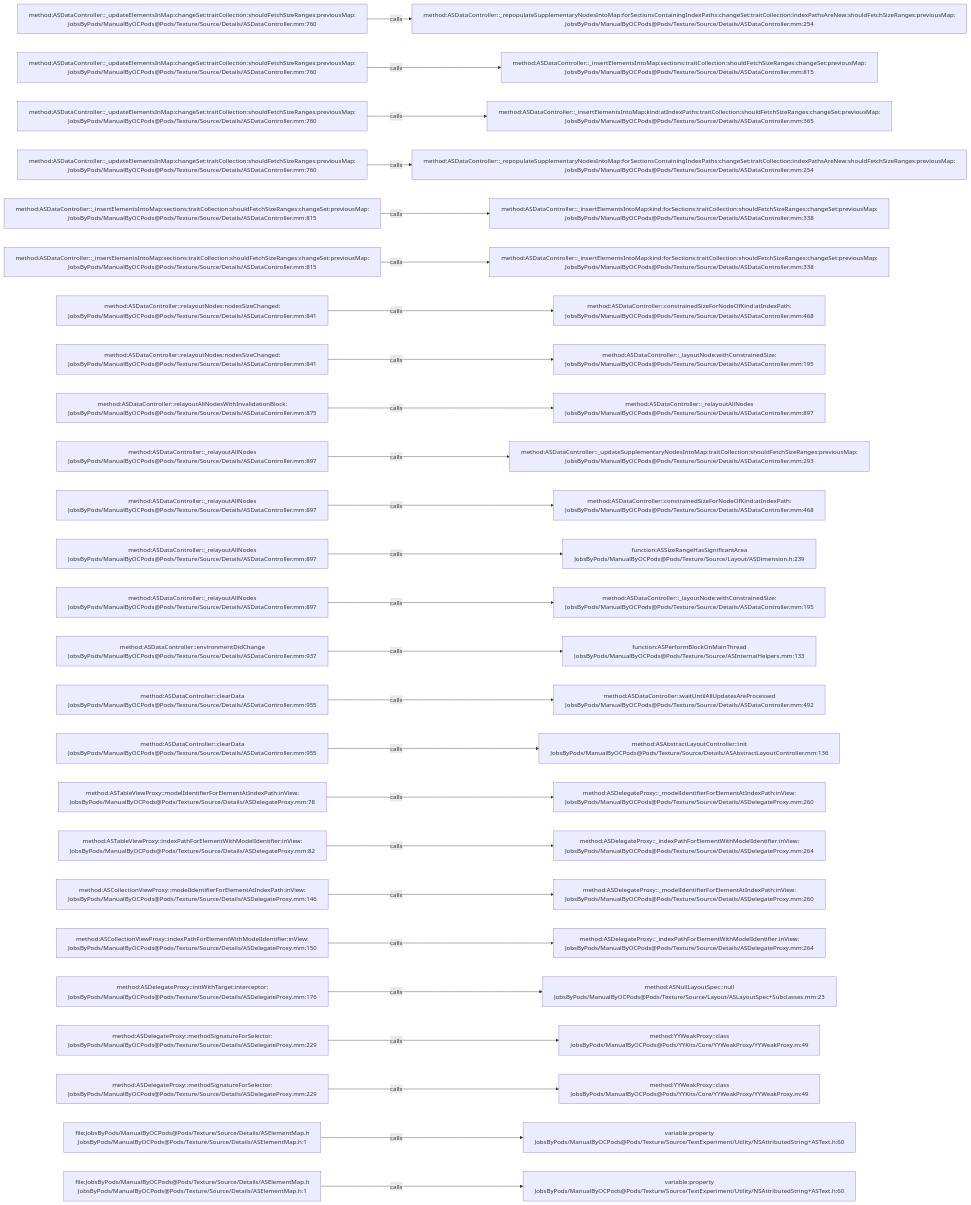
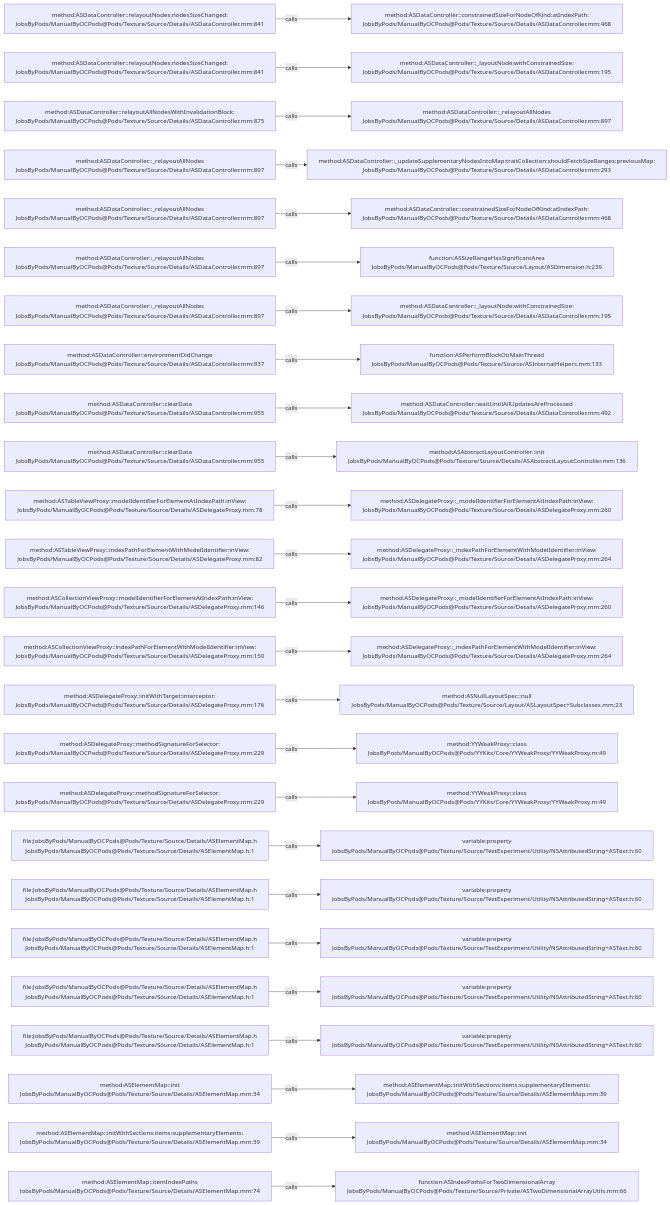
Before and after one commit to JobsKits/JobsOCBaseConfigDemo: the diagram in .codegraph/codegraph.md/graphs/calls-148.md, drawn with Mermaid. The commit also changed 666 other files, not shown here.

````diff
--- a/.codegraph/codegraph.md/graphs/calls-148.md
+++ b/.codegraph/codegraph.md/graphs/calls-148.md
@@ -13,78 +13,78 @@
 ```mermaid
 flowchart LR
-  S1["method:ASDataController::_updateElementsInMap:changeSet:traitCollection:shouldFetchSizeRanges:previousMap:<br/>JobsByPods/ManualByOCPods@Pods/Texture/Source/Details/ASDataController.mm:760"]
-  T1["method:ASDataController::_repopulateSupplementaryNodesIntoMap:forSectionsContainingIndexPaths:changeSet:traitCollection:indexPathsAreNew:shouldFetchSizeRanges:previousMap:<br/>JobsByPods/ManualByOCPods@Pods/Texture/Source/Details/ASDataController.mm:254"]
+  S1["method:ASDataController::relayoutNodes:nodesSizeChanged:<br/>JobsByPods/ManualByOCPods@Pods/Texture/Source/Details/ASDataController.mm:841"]
+  T1["method:ASDataController::constrainedSizeForNodeOfKind:atIndexPath:<br/>JobsByPods/ManualByOCPods@Pods/Texture/Source/Details/ASDataController.mm:468"]
   S1 -->|calls| T1
-  S2["method:ASDataController::_updateElementsInMap:changeSet:traitCollection:shouldFetchSizeRanges:previousMap:<br/>JobsByPods/ManualByOCPods@Pods/Texture/Source/Details/ASDataController.mm:760"]
-  T2["method:ASDataController::_insertElementsIntoMap:sections:traitCollection:shouldFetchSizeRanges:changeSet:previousMap:<br/>JobsByPods/ManualByOCPods@Pods/Texture/Source/Details/ASDataController.mm:815"]
+  S2["method:ASDataController::relayoutNodes:nodesSizeChanged:<br/>JobsByPods/ManualByOCPods@Pods/Texture/Source/Details/ASDataController.mm:841"]
+  T2["method:ASDataController::_layoutNode:withConstrainedSize:<br/>JobsByPods/ManualByOCPods@Pods/Texture/Source/Details/ASDataController.mm:195"]
   S2 -->|calls| T2
-  S3["method:ASDataController::_updateElementsInMap:changeSet:traitCollection:shouldFetchSizeRanges:previousMap:<br/>JobsByPods/ManualByOCPods@Pods/Texture/Source/Details/ASDataController.mm:760"]
-  T3["method:ASDataController::_insertElementsIntoMap:kind:atIndexPaths:traitCollection:shouldFetchSizeRanges:changeSet:previousMap:<br/>JobsByPods/ManualByOCPods@Pods/Texture/Source/Details/ASDataController.mm:365"]
+  S3["method:ASDataController::relayoutAllNodesWithInvalidationBlock:<br/>JobsByPods/ManualByOCPods@Pods/Texture/Source/Details/ASDataController.mm:875"]
+  T3["method:ASDataController::_relayoutAllNodes<br/>JobsByPods/ManualByOCPods@Pods/Texture/Source/Details/ASDataController.mm:897"]
   S3 -->|calls| T3
-  S4["method:ASDataController::_updateElementsInMap:changeSet:traitCollection:shouldFetchSizeRanges:previousMap:<br/>JobsByPods/ManualByOCPods@Pods/Texture/Source/Details/ASDataController.mm:760"]
-  T4["method:ASDataController::_repopulateSupplementaryNodesIntoMap:forSectionsContainingIndexPaths:changeSet:traitCollection:indexPathsAreNew:shouldFetchSizeRanges:previousMap:<br/>JobsByPods/ManualByOCPods@Pods/Texture/Source/Details/ASDataController.mm:254"]
+  S4["method:ASDataController::_relayoutAllNodes<br/>JobsByPods/ManualByOCPods@Pods/Texture/Source/Details/ASDataController.mm:897"]
+  T4["method:ASDataController::_updateSupplementaryNodesIntoMap:traitCollection:shouldFetchSizeRanges:previousMap:<br/>JobsByPods/ManualByOCPods@Pods/Texture/Source/Details/ASDataController.mm:293"]
   S4 -->|calls| T4
-  S5["method:ASDataController::_insertElementsIntoMap:sections:traitCollection:shouldFetchSizeRanges:changeSet:previousMap:<br/>JobsByPods/ManualByOCPods@Pods/Texture/Source/Details/ASDataController.mm:815"]
-  T5["method:ASDataController::_insertElementsIntoMap:kind:forSections:traitCollection:shouldFetchSizeRanges:changeSet:previousMap:<br/>JobsByPods/ManualByOCPods@Pods/Texture/Source/Details/ASDataController.mm:338"]
+  S5["method:ASDataController::_relayoutAllNodes<br/>JobsByPods/ManualByOCPods@Pods/Texture/Source/Details/ASDataController.mm:897"]
+  T5["method:ASDataController::constrainedSizeForNodeOfKind:atIndexPath:<br/>JobsByPods/ManualByOCPods@Pods/Texture/Source/Details/ASDataController.mm:468"]
   S5 -->|calls| T5
-  S6["method:ASDataController::_insertElementsIntoMap:sections:traitCollection:shouldFetchSizeRanges:changeSet:previousMap:<br/>JobsByPods/ManualByOCPods@Pods/Texture/Source/Details/ASDataController.mm:815"]
-  T6["method:ASDataController::_insertElementsIntoMap:kind:forSections:traitCollection:shouldFetchSizeRanges:changeSet:previousMap:<br/>JobsByPods/ManualByOCPods@Pods/Texture/Source/Details/ASDataController.mm:338"]
+  S6["method:ASDataController::_relayoutAllNodes<br/>JobsByPods/ManualByOCPods@Pods/Texture/Source/Details/ASDataController.mm:897"]
+  T6["function:ASSizeRangeHasSignificantArea<br/>JobsByPods/ManualByOCPods@Pods/Texture/Source/Layout/ASDimension.h:239"]
   S6 -->|calls| T6
-  S7["method:ASDataController::relayoutNodes:nodesSizeChanged:<br/>JobsByPods/ManualByOCPods@Pods/Texture/Source/Details/ASDataController.mm:841"]
-  T7["method:ASDataController::constrainedSizeForNodeOfKind:atIndexPath:<br/>JobsByPods/ManualByOCPods@Pods/Texture/Source/Details/ASDataController.mm:468"]
+  S7["method:ASDataController::_relayoutAllNodes<br/>JobsByPods/ManualByOCPods@Pods/Texture/Source/Details/ASDataController.mm:897"]
+  T7["method:ASDataController::_layoutNode:withConstrainedSize:<br/>JobsByPods/ManualByOCPods@Pods/Texture/Source/Details/ASDataController.mm:195"]
   S7 -->|calls| T7
-  S8["method:ASDataController::relayoutNodes:nodesSizeChanged:<br/>JobsByPods/ManualByOCPods@Pods/Texture/Source/Details/ASDataController.mm:841"]
-  T8["method:ASDataController::_layoutNode:withConstrainedSize:<br/>JobsByPods/ManualByOCPods@Pods/Texture/Source/Details/ASDataController.mm:195"]
+  S8["method:ASDataController::environmentDidChange<br/>JobsByPods/ManualByOCPods@Pods/Texture/Source/Details/ASDataController.mm:937"]
+  T8["function:ASPerformBlockOnMainThread<br/>JobsByPods/ManualByOCPods@Pods/Texture/Source/ASInternalHelpers.mm:133"]
   S8 -->|calls| T8
-  S9["method:ASDataController::relayoutAllNodesWithInvalidationBlock:<br/>JobsByPods/ManualByOCPods@Pods/Texture/Source/Details/ASDataController.mm:875"]
-  T9["method:ASDataController::_relayoutAllNodes<br/>JobsByPods/ManualByOCPods@Pods/Texture/Source/Details/ASDataController.mm:897"]
+  S9["method:ASDataController::clearData<br/>JobsByPods/ManualByOCPods@Pods/Texture/Source/Details/ASDataController.mm:955"]
+  T9["method:ASDataController::waitUntilAllUpdatesAreProcessed<br/>JobsByPods/ManualByOCPods@Pods/Texture/Source/Details/ASDataController.mm:492"]
   S9 -->|calls| T9
-  S10["method:ASDataController::_relayoutAllNodes<br/>JobsByPods/ManualByOCPods@Pods/Texture/Source/Details/ASDataController.mm:897"]
-  T10["method:ASDataController::_updateSupplementaryNodesIntoMap:traitCollection:shouldFetchSizeRanges:previousMap:<br/>JobsByPods/ManualByOCPods@Pods/Texture/Source/Details/ASDataController.mm:293"]
+  S10["method:ASDataController::clearData<br/>JobsByPods/ManualByOCPods@Pods/Texture/Source/Details/ASDataController.mm:955"]
+  T10["method:ASAbstractLayoutController::init<br/>JobsByPods/ManualByOCPods@Pods/Texture/Source/Details/ASAbstractLayoutController.mm:136"]
   S10 -->|calls| T10
-  S11["method:ASDataController::_relayoutAllNodes<br/>JobsByPods/ManualByOCPods@Pods/Texture/Source/Details/ASDataController.mm:897"]
-  T11["method:ASDataController::constrainedSizeForNodeOfKind:atIndexPath:<br/>JobsByPods/ManualByOCPods@Pods/Texture/Source/Details/ASDataController.mm:468"]
+  S11["method:ASTableViewProxy::modelIdentifierForElementAtIndexPath:inView:<br/>JobsByPods/ManualByOCPods@Pods/Texture/Source/Details/ASDelegateProxy.mm:78"]
+  T11["method:ASDelegateProxy::_modelIdentifierForElementAtIndexPath:inView:<br/>JobsByPods/ManualByOCPods@Pods/Texture/Source/Details/ASDelegateProxy.mm:260"]
   S11 -->|calls| T11
-  S12["method:ASDataController::_relayoutAllNodes<br/>JobsByPods/ManualByOCPods@Pods/Texture/Source/Details/ASDataController.mm:897"]
-  T12["function:ASSizeRangeHasSignificantArea<br/>JobsByPods/ManualByOCPods@Pods/Texture/Source/Layout/ASDimension.h:239"]
+  S12["method:ASTableViewProxy::indexPathForElementWithModelIdentifier:inView:<br/>JobsByPods/ManualByOCPods@Pods/Texture/Source/Details/ASDelegateProxy.mm:82"]
+  T12["method:ASDelegateProxy::_indexPathForElementWithModelIdentifier:inView:<br/>JobsByPods/ManualByOCPods@Pods/Texture/Source/Details/ASDelegateProxy.mm:264"]
   S12 -->|calls| T12
-  S13["method:ASDataController::_relayoutAllNodes<br/>JobsByPods/ManualByOCPods@Pods/Texture/Source/Details/ASDataController.mm:897"]
-  T13["method:ASDataController::_layoutNode:withConstrainedSize:<br/>JobsByPods/ManualByOCPods@Pods/Texture/Source/Details/ASDataController.mm:195"]
+  S13["method:ASCollectionViewProxy::modelIdentifierForElementAtIndexPath:inView:<br/>JobsByPods/ManualByOCPods@Pods/Texture/Source/Details/ASDelegateProxy.mm:146"]
+  T13["method:ASDelegateProxy::_modelIdentifierForElementAtIndexPath:inView:<br/>JobsByPods/ManualByOCPods@Pods/Texture/Source/Details/ASDelegateProxy.mm:260"]
   S13 -->|calls| T13
-  S14["method:ASDataController::environmentDidChange<br/>JobsByPods/ManualByOCPods@Pods/Texture/Source/Details/ASDataController.mm:937"]
-  T14["function:ASPerformBlockOnMainThread<br/>JobsByPods/ManualByOCPods@Pods/Texture/Source/ASInternalHelpers.mm:133"]
+  S14["method:ASCollectionViewProxy::indexPathForElementWithModelIdentifier:inView:<br/>JobsByPods/ManualByOCPods@Pods/Texture/Source/Details/ASDelegateProxy.mm:150"]
+  T14["method:ASDelegateProxy::_indexPathForElementWithModelIdentifier:inView:<br/>JobsByPods/ManualByOCPods@Pods/Texture/Source/Details/ASDelegateProxy.mm:264"]
   S14 -->|calls| T14
-  S15["method:ASDataController::clearData<br/>JobsByPods/ManualByOCPods@Pods/Texture/Source/Details/ASDataController.mm:955"]
-  T15["method:ASDataController::waitUntilAllUpdatesAreProcessed<br/>JobsByPods/ManualByOCPods@Pods/Texture/Source/Details/ASDataController.mm:492"]
+  S15["method:ASDelegateProxy::initWithTarget:interceptor:<br/>JobsByPods/ManualByOCPods@Pods/Texture/Source/Details/ASDelegateProxy.mm:176"]
+  T15["method:ASNullLayoutSpec::null<br/>JobsByPods/ManualByOCPods@Pods/Texture/Source/Layout/ASLayoutSpec+Subclasses.mm:23"]
   S15 -->|calls| T15
-  S16["method:ASDataController::clearData<br/>JobsByPods/ManualByOCPods@Pods/Texture/Source/Details/ASDataController.mm:955"]
-  T16["method:ASAbstractLayoutController::init<br/>JobsByPods/ManualByOCPods@Pods/Texture/Source/Details/ASAbstractLayoutController.mm:136"]
+  S16["method:ASDelegateProxy::methodSignatureForSelector:<br/>JobsByPods/ManualByOCPods@Pods/Texture/Source/Details/ASDelegateProxy.mm:229"]
+  T16["method:YYWeakProxy::class<br/>JobsByPods/ManualByOCPods@Pods/YYKits/Core/YYWeakProxy/YYWeakProxy.m:49"]
   S16 -->|calls| T16
-  S17["method:ASTableViewProxy::modelIdentifierForElementAtIndexPath:inView:<br/>JobsByPods/ManualByOCPods@Pods/Texture/Source/Details/ASDelegateProxy.mm:78"]
-  T17["method:ASDelegateProxy::_modelIdentifierForElementAtIndexPath:inView:<br/>JobsByPods/ManualByOCPods@Pods/Texture/Source/Details/ASDelegateProxy.mm:260"]
+  S17["method:ASDelegateProxy::methodSignatureForSelector:<br/>JobsByPods/ManualByOCPods@Pods/Texture/Source/Details/ASDelegateProxy.mm:229"]
+  T17["method:YYWeakProxy::class<br/>JobsByPods/ManualByOCPods@Pods/YYKits/Core/YYWeakProxy/YYWeakProxy.m:49"]
   S17 -->|calls| T17
-  S18["method:ASTableViewProxy::indexPathForElementWithModelIdentifier:inView:<br/>JobsByPods/ManualByOCPods@Pods/Texture/Source/Details/ASDelegateProxy.mm:82"]
-  T18["method:ASDelegateProxy::_indexPathForElementWithModelIdentifier:inView:<br/>JobsByPods/ManualByOCPods@Pods/Texture/Source/Details/ASDelegateProxy.mm:264"]
+  S18["file:JobsByPods/ManualByOCPods@Pods/Texture/Source/Details/ASElementMap.h<br/>JobsByPods/ManualByOCPods@Pods/Texture/Source/Details/ASElementMap.h:1"]
+  T18["variable:property<br/>JobsByPods/ManualByOCPods@Pods/Texture/Source/TextExperiment/Utility/NSAttributedString+ASText.h:60"]
   S18 -->|calls| T18
-  S19["method:ASCollectionViewProxy::modelIdentifierForElementAtIndexPath:inView:<br/>JobsByPods/ManualByOCPods@Pods/Texture/Source/Details/ASDelegateProxy.mm:146"]
-  T19["method:ASDelegateProxy::_modelIdentifierForElementAtIndexPath:inView:<br/>JobsByPods/ManualByOCPods@Pods/Texture/Source/Details/ASDelegateProxy.mm:260"]
+  S19["file:JobsByPods/ManualByOCPods@Pods/Texture/Source/Details/ASElementMap.h<br/>JobsByPods/ManualByOCPods@Pods/Texture/Source/Details/ASElementMap.h:1"]
+  T19["variable:property<br/>JobsByPods/ManualByOCPods@Pods/Texture/Source/TextExperiment/Utility/NSAttributedString+ASText.h:60"]
   S19 -->|calls| T19
-  S20["method:ASCollectionViewProxy::indexPathForElementWithModelIdentifier:inView:<br/>JobsByPods/ManualByOCPods@Pods/Texture/Source/Details/ASDelegateProxy.mm:150"]
-  T20["method:ASDelegateProxy::_indexPathForElementWithModelIdentifier:inView:<br/>JobsByPods/ManualByOCPods@Pods/Texture/Source/Details/ASDelegateProxy.mm:264"]
+  S20["file:JobsByPods/ManualByOCPods@Pods/Texture/Source/Details/ASElementMap.h<br/>JobsByPods/ManualByOCPods@Pods/Texture/Source/Details/ASElementMap.h:1"]
+  T20["variable:property<br/>JobsByPods/ManualByOCPods@Pods/Texture/Source/TextExperiment/Utility/NSAttributedString+ASText.h:60"]
   S20 -->|calls| T20
-  S21["method:ASDelegateProxy::initWithTarget:interceptor:<br/>JobsByPods/ManualByOCPods@Pods/Texture/Source/Details/ASDelegateProxy.mm:176"]
-  T21["method:ASNullLayoutSpec::null<br/>JobsByPods/ManualByOCPods@Pods/Texture/Source/Layout/ASLayoutSpec+Subclasses.mm:23"]
+  S21["file:JobsByPods/ManualByOCPods@Pods/Texture/Source/Details/ASElementMap.h<br/>JobsByPods/ManualByOCPods@Pods/Texture/Source/Details/ASElementMap.h:1"]
+  T21["variable:property<br/>JobsByPods/ManualByOCPods@Pods/Texture/Source/TextExperiment/Utility/NSAttributedString+ASText.h:60"]
   S21 -->|calls| T21
-  S22["method:ASDelegateProxy::methodSignatureForSelector:<br/>JobsByPods/ManualByOCPods@Pods/Texture/Source/Details/ASDelegateProxy.mm:229"]
-  T22["method:YYWeakProxy::class<br/>JobsByPods/ManualByOCPods@Pods/YYKits/Core/YYWeakProxy/YYWeakProxy.m:49"]
+  S22["file:JobsByPods/ManualByOCPods@Pods/Texture/Source/Details/ASElementMap.h<br/>JobsByPods/ManualByOCPods@Pods/Texture/Source/Details/ASElementMap.h:1"]
+  T22["variable:property<br/>JobsByPods/ManualByOCPods@Pods/Texture/Source/TextExperiment/Utility/NSAttributedString+ASText.h:60"]
   S22 -->|calls| T22
-  S23["method:ASDelegateProxy::methodSignatureForSelector:<br/>JobsByPods/ManualByOCPods@Pods/Texture/Source/Details/ASDelegateProxy.mm:229"]
-  T23["method:YYWeakProxy::class<br/>JobsByPods/ManualByOCPods@Pods/YYKits/Core/YYWeakProxy/YYWeakProxy.m:49"]
+  S23["method:ASElementMap::init<br/>JobsByPods/ManualByOCPods@Pods/Texture/Source/Details/ASElementMap.mm:34"]
+  T23["method:ASElementMap::initWithSections:items:supplementaryElements:<br/>JobsByPods/ManualByOCPods@Pods/Texture/Source/Details/ASElementMap.mm:39"]
   S23 -->|calls| T23
-  S24["file:JobsByPods/ManualByOCPods@Pods/Texture/Source/Details/ASElementMap.h<br/>JobsByPods/ManualByOCPods@Pods/Texture/Source/Details/ASElementMap.h:1"]
-  T24["variable:property<br/>JobsByPods/ManualByOCPods@Pods/Texture/Source/TextExperiment/Utility/NSAttributedString+ASText.h:60"]
+  S24["method:ASElementMap::initWithSections:items:supplementaryElements:<br/>JobsByPods/ManualByOCPods@Pods/Texture/Source/Details/ASElementMap.mm:39"]
+  T24["method:ASElementMap::init<br/>JobsByPods/ManualByOCPods@Pods/Texture/Source/Details/ASElementMap.mm:34"]
   S24 -->|calls| T24
-  S25["file:JobsByPods/ManualByOCPods@Pods/Texture/Source/Details/ASElementMap.h<br/>JobsByPods/ManualByOCPods@Pods/Texture/Source/Details/ASElementMap.h:1"]
-  T25["variable:property<br/>JobsByPods/ManualByOCPods@Pods/Texture/Source/TextExperiment/Utility/NSAttributedString+ASText.h:60"]
+  S25["method:ASElementMap::itemIndexPaths<br/>JobsByPods/ManualByOCPods@Pods/Texture/Source/Details/ASElementMap.mm:74"]
+  T25["function:ASIndexPathsForTwoDimensionalArray<br/>JobsByPods/ManualByOCPods@Pods/Texture/Source/Private/ASTwoDimensionalArrayUtils.mm:66"]
   S25 -->|calls| T25
 ```
````
